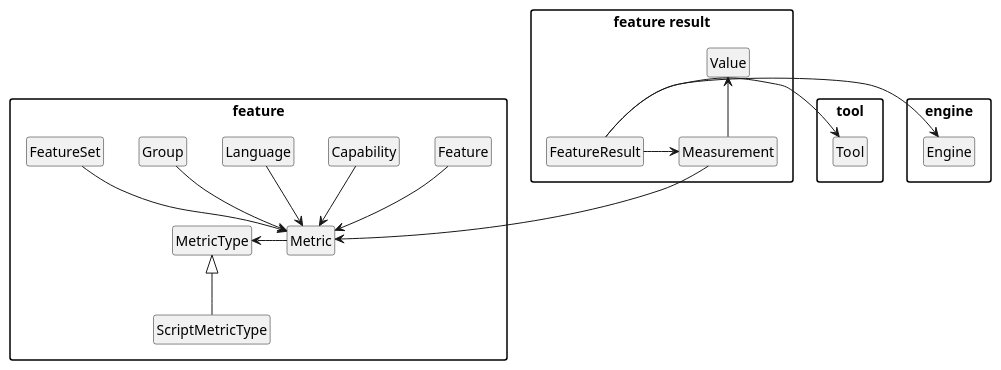
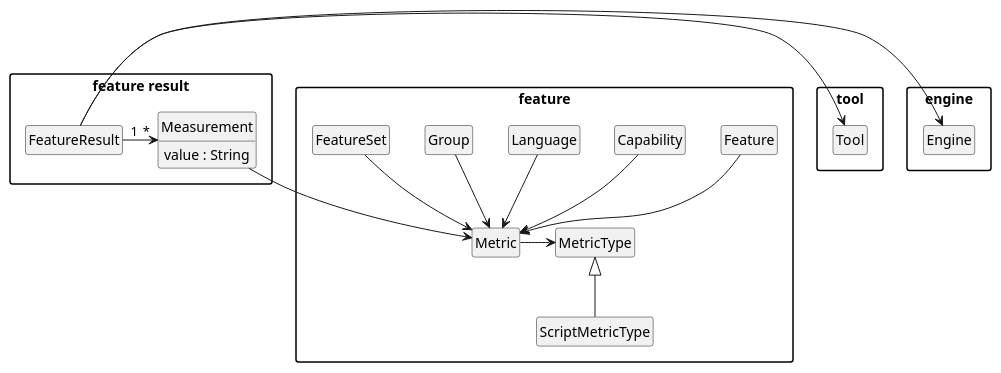
Before and after one commit to uniba-dsg/betsy: the diagram in pebl/doc/result-feature-result.puml, drawn with PlantUML. The commit also changed 28 other files, not shown here.

```diff
--- a/pebl/doc/result-feature-result.puml
+++ b/pebl/doc/result-feature-result.puml
@@ -1,52 +1,50 @@
 @startuml
 
 package "engine" {
   class Engine
 }
 package "tool" {
   class Tool
 }
 package "feature result" {
   class FeatureResult
-  class Value
-  class Measurement
+  class Measurement {
+    value : String
+  }
 
-  Measurement -up-> Value
-
-  FeatureResult -> Measurement
+  FeatureResult "1"->"*" Measurement
   FeatureResult -> Tool
   FeatureResult -> Engine
 }
 
 package "feature" {
 
 	class Metric
 	class MetricType
 	class ScriptMetricType extends MetricType
 
 	class Feature
 	class Capability
     	class Language
     	class Group
     	class FeatureSet
 
 	Feature --> Metric
 	Capability --> Metric
 	Language --> Metric
 	Group --> Metric
 	FeatureSet --> Metric
 
-	Metric -left-> MetricType
-
+	Metric -right-> MetricType
 }
 
 Measurement --> Metric
 
 hide empty members
 hide empty methods
 hide circle
 
 skinparam monochrome true
 skinparam shadowing false
 skinparam packageStyle rect
 @enduml
```
